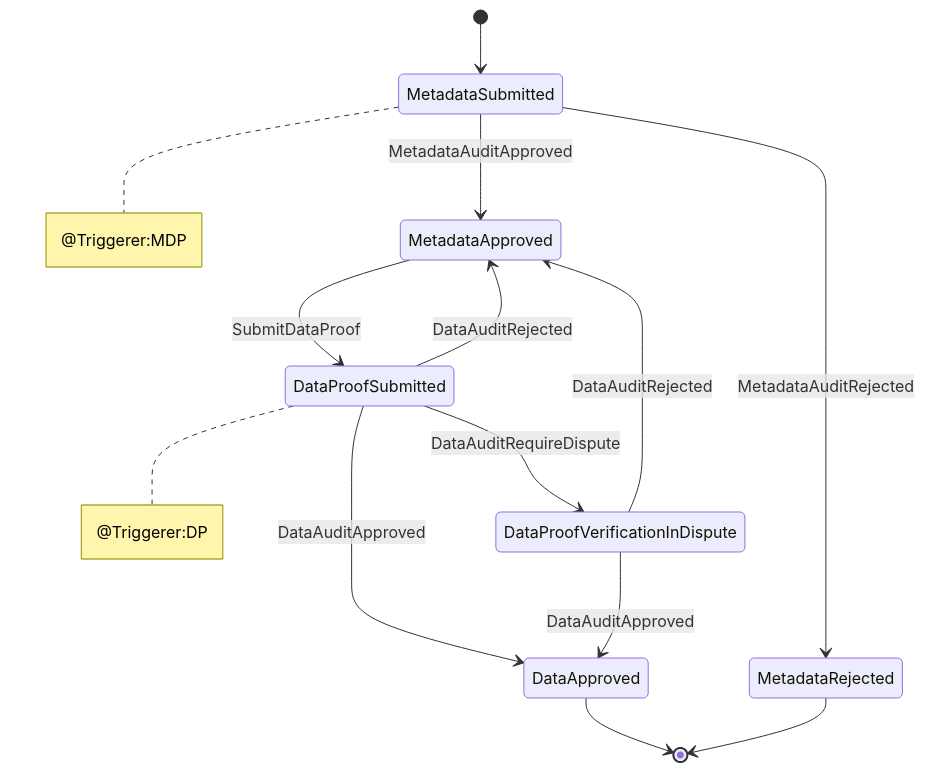
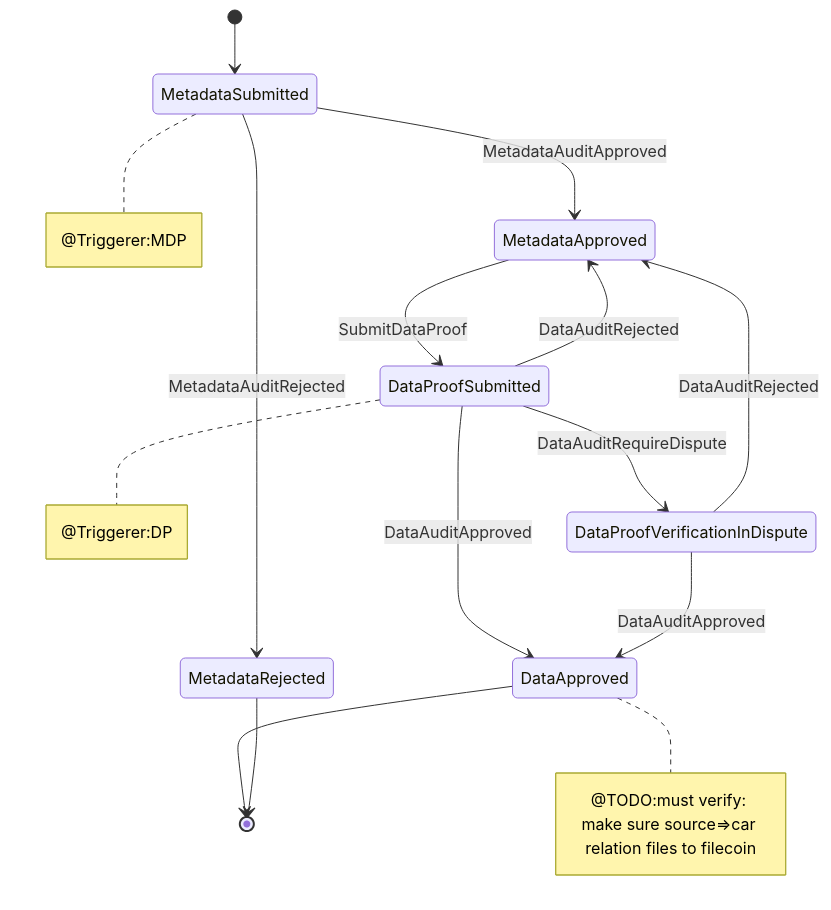
Before and after one commit to dataswap/specs: the first of 4 diagrams in systems/README.md, drawn with Mermaid. The commit also changed other lines of this file, not shown here.

Commit message:
update car design

````diff
--- a/systems/README.md
+++ b/systems/README.md
@@ -74,21 +74,24 @@
 ```mermaid
 stateDiagram
     [*] --> MetadataSubmitted
     MetadataSubmitted --> MetadataApproved:MetadataAuditApproved
     MetadataSubmitted --> MetadataRejected:MetadataAuditRejected
     MetadataApproved --> DataProofSubmitted:SubmitDataProof
     DataProofSubmitted --> DataApproved:DataAuditApproved
     DataProofSubmitted --> MetadataApproved:DataAuditRejected
     DataProofSubmitted --> DataProofVerificationInDispute:DataAuditRequireDispute
     DataProofVerificationInDispute --> DataApproved:DataAuditApproved
     DataProofVerificationInDispute --> MetadataApproved:DataAuditRejected
     DataApproved -->[*]
     MetadataRejected -->[*]
 
     note right of MetadataSubmitted
       @Triggerer:MDP
     end note
     note right of DataProofSubmitted
       @Triggerer:DP
     end note
+    note right of DataApproved
+      @TODO:must verify: make sure source=>car relation files to filecoin
+    end note
 ```
````
